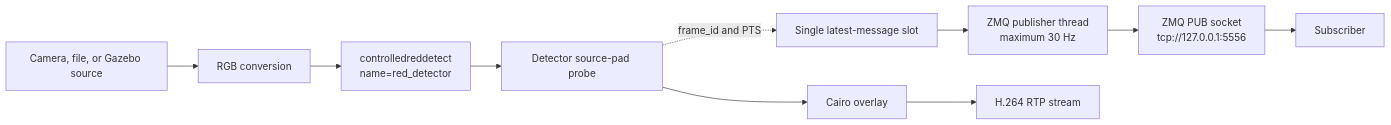
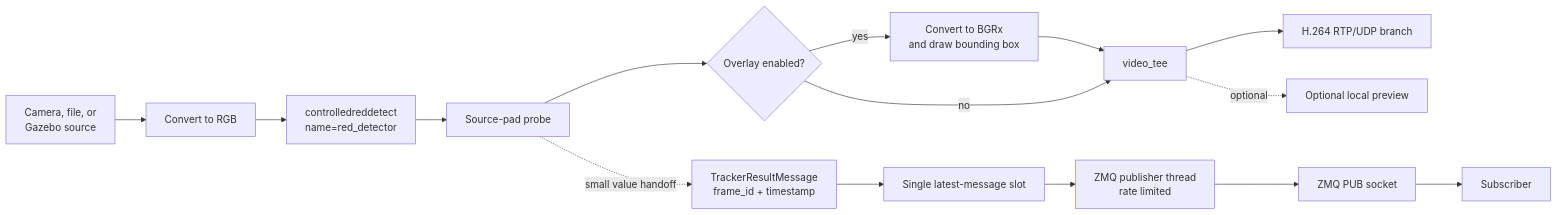
One commit to mayaboker/bt_ws changed the first of 5 diagrams in bt_gst/docs/red_detection_zmq_flow.md. Above: the diagram before and after it, drawn with Mermaid. The commit also changed other lines of this file and 36 other files, not shown here.

Commit message:
clean and refactor visual bridge 1. listen to incoming tracker message

````diff
--- a/bt_gst/docs/red_detection_zmq_flow.md
+++ b/bt_gst/docs/red_detection_zmq_flow.md
@@ -10,18 +14,27 @@
 ```mermaid
 flowchart LR
-    Source[Camera, file, or Gazebo source]
-    Convert[RGB conversion]
+    Source[Camera, file, or<br/>Gazebo source]
+    RGB[Convert to RGB]
     Detector[controlledreddetect<br/>name=red_detector]
-    Probe[Detector source-pad probe]
-    Signal[Single latest-message slot]
-    Worker[ZMQ publisher thread<br/>maximum 30 Hz]
-    Socket[ZMQ PUB socket<br/>tcp://127.0.0.1:5556]
-    Subscriber[Subscriber]
-    Overlay[Cairo overlay]
-    Stream[H.264 RTP stream]
+    Probe[Source-pad probe]
+    OptionalOverlay{Overlay enabled?}
+    Overlay[Convert to BGRx<br/>and draw bounding box]
+    Tee[video_tee]
+    RTP[H.264 RTP/UDP branch]
+    Preview[Optional local preview]
 
-    Source --> Convert --> Detector --> Probe
-    Probe --> Overlay --> Stream
-    Probe -. frame_id and PTS .-> Signal
-    Signal --> Worker --> Socket --> Subscriber
+    Message[TrackerResultMessage<br/>frame_id + timestamp]
+    Latest[Single latest-message slot]
+    Worker[ZMQ publisher thread<br/>rate limited]
+    Pub[ZMQ PUB socket]
+    Sub[Subscriber]
+
+    Source --> RGB --> Detector --> Probe --> OptionalOverlay
+    OptionalOverlay -->|yes| Overlay --> Tee
+    OptionalOverlay -->|no| Tee
+    Tee --> RTP
+    Tee -. optional .-> Preview
+
+    Probe -. small value handoff .-> Message --> Latest
+    Latest --> Worker --> Pub --> Sub
 ```
````
